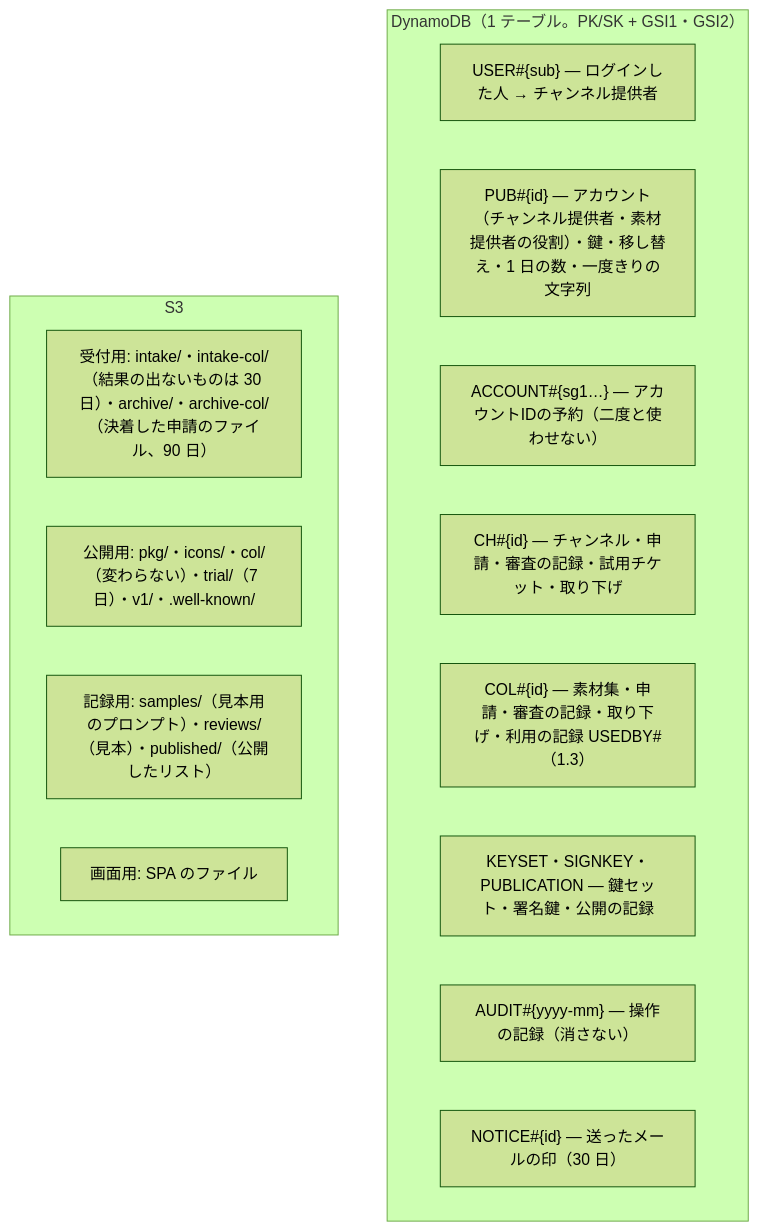
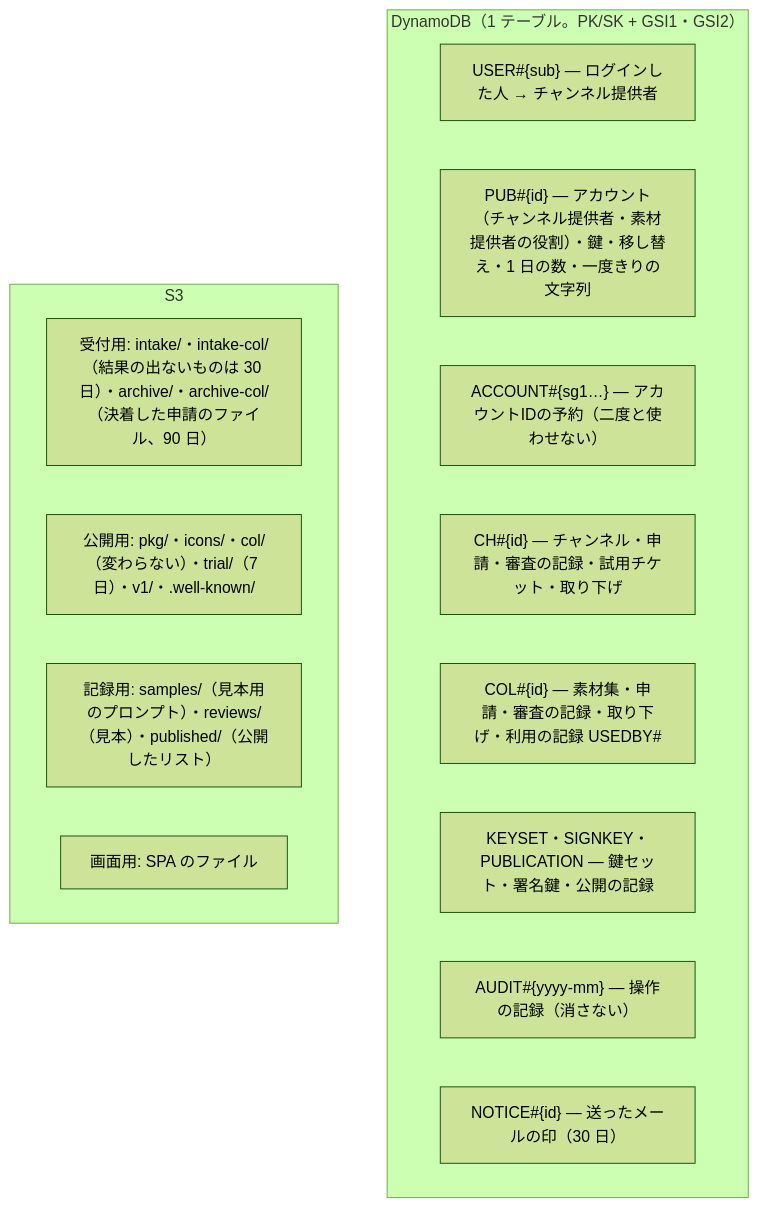
One commit to duwenji/michizure-console changed the sixth of 7 diagrams in docs/architecture.md. Above: the diagram before and after it, drawn with Mermaid (forest theme). The commit also changed other lines of this file and 66 other files, not shown here.

````diff
--- a/docs/architecture.md
+++ b/docs/architecture.md
@@ -209,19 +209,19 @@
 ```mermaid
 flowchart TB
   subgraph DDB["DynamoDB（1 テーブル。PK/SK + GSI1・GSI2）"]
     d1["USER#{sub} — ログインした人 → チャンネル提供者"]
     d2["PUB#{id} — アカウント（チャンネル提供者・素材提供者の役割）・鍵・移し替え・1 日の数・一度きりの文字列"]
     d3["ACCOUNT#{sg1…} — アカウントIDの予約（二度と使わせない）"]
     d4["CH#{id} — チャンネル・申請・審査の記録・試用チケット・取り下げ"]
-    d4b["COL#{id} — 素材集・申請・審査の記録・取り下げ・利用の記録 USEDBY#（1.3）"]
+    d4b["COL#{id} — 素材集・申請・審査の記録・取り下げ・利用の記録 USEDBY#"]
     d5["KEYSET・SIGNKEY・PUBLICATION — 鍵セット・署名鍵・公開の記録"]
     d6["AUDIT#{yyyy-mm} — 操作の記録（消さない）"]
     d7["NOTICE#{id} — 送ったメールの印（30 日）"]
   end
   subgraph S3["S3"]
     s1["受付用: intake/・intake-col/（結果の出ないものは 30 日）・archive/・archive-col/（決着した申請のファイル、90 日）"]
     s2["公開用: pkg/・icons/・col/（変わらない）・trial/（7 日）・v1/・.well-known/"]
     s3["記録用: samples/（見本用のプロンプト）・reviews/（見本）・published/（公開したリスト）"]
     s4["画面用: SPA のファイル"]
   end
 ```
````
